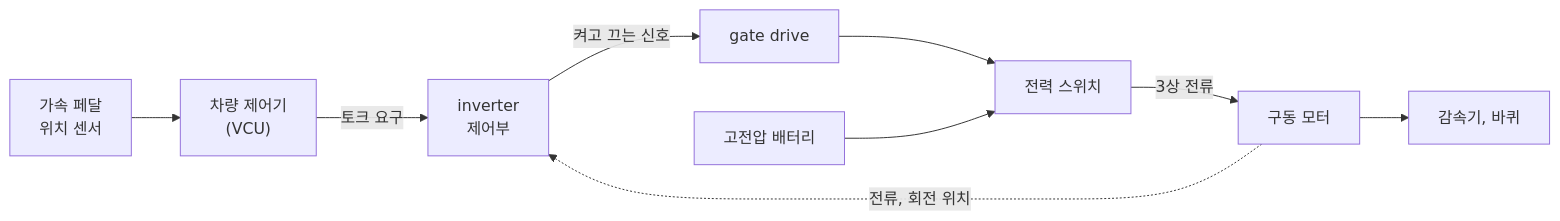
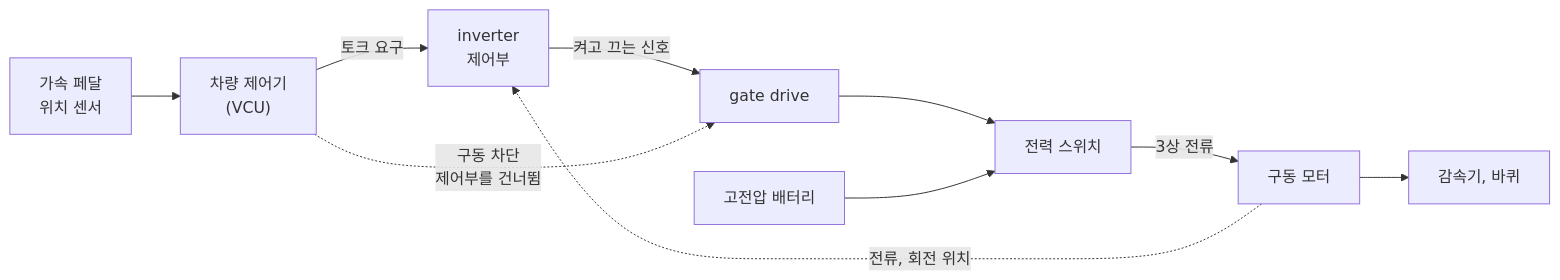
Before and after one commit to danielhongwoo/fusa: the diagram in chapters/appendix-e-vehicle-ee-basics.md, drawn with Mermaid. The commit also changed other lines of this file and 6 other files, not shown here.

````diff
--- a/chapters/appendix-e-vehicle-ee-basics.md
+++ b/chapters/appendix-e-vehicle-ee-basics.md
@@ -13,11 +13,12 @@
 ```mermaid
 flowchart LR
     P["가속 페달<br/>위치 센서"] --> V["차량 제어기<br/>(VCU)"]
     V -- "토크 요구" --> I["inverter<br/>제어부"]
     I -- "켜고 끄는 신호" --> G["gate drive"]
+    V -. "구동 차단<br/>제어부를 건너뜀" .-> G
     G --> S["전력 스위치"]
     B["고전압 배터리"] --> S
     S -- "3상 전류" --> M["구동 모터"]
     M --> W["감속기, 바퀴"]
     M -. "전류, 회전 위치" .-> I
 ```
````
